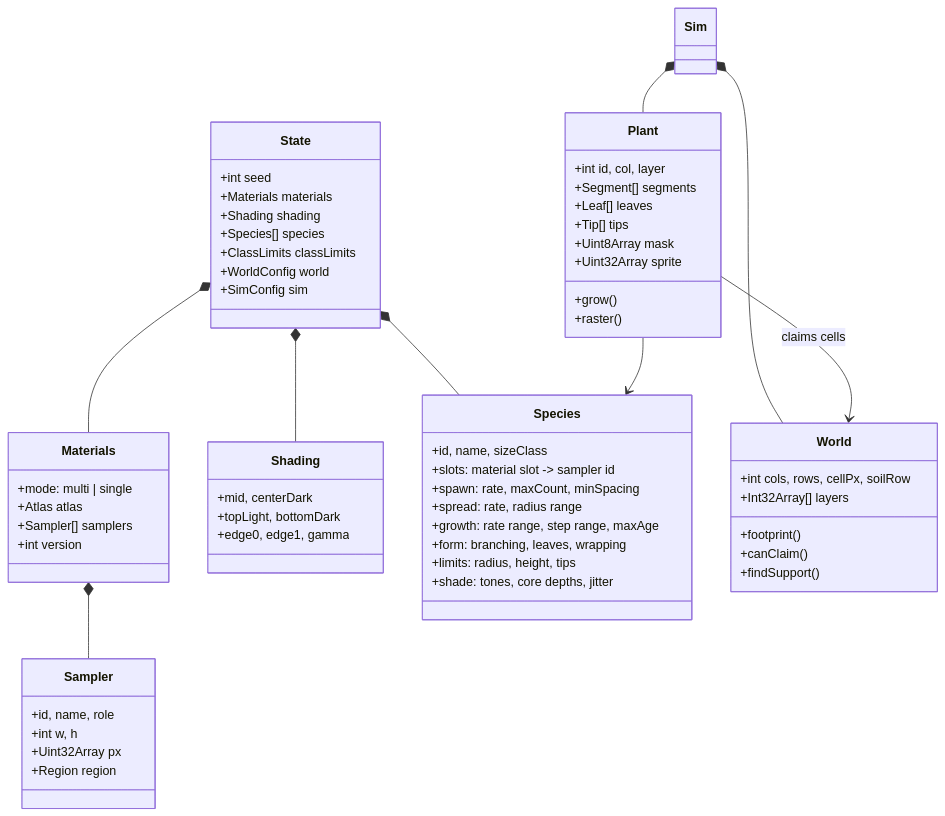
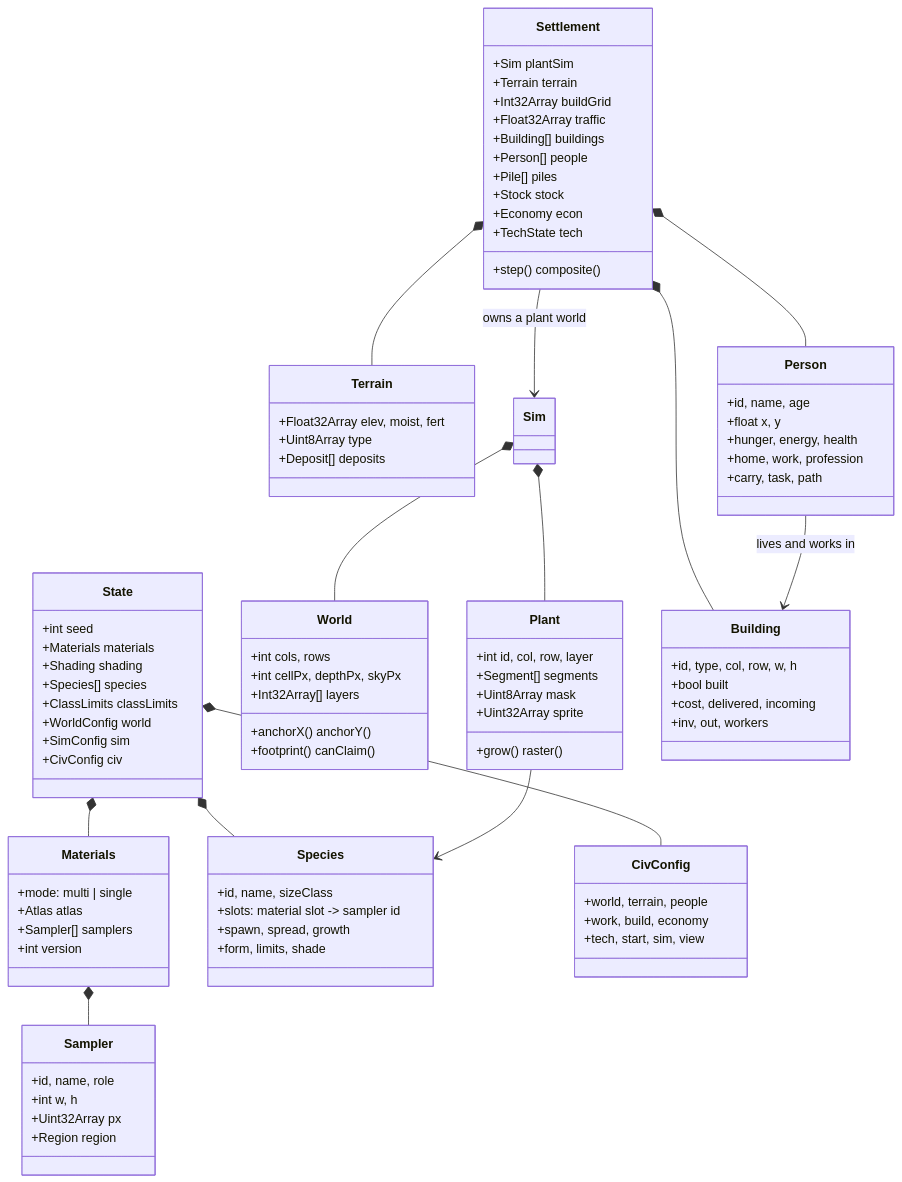
The second of 11 diagrams in ARCHITECTURE.md (tmpk13/grow), drawn with Mermaid before and after one commit. The commit also changed other lines of this file and 31 other files, not shown here.

````diff
--- a/ARCHITECTURE.md
+++ b/ARCHITECTURE.md
@@ -65,6 +113,7 @@
     +ClassLimits classLimits
     +WorldConfig world
     +SimConfig sim
+    +CivConfig civ
   }
 
   class Materials {
@@ -81,48 +130,80 @@
     +Region region
   }
 
-  class Shading {
-    +mid, centerDark
-    +topLight, bottomDark
-    +edge0, edge1, gamma
-  }
-
   class Species {
     +id, name, sizeClass
     +slots: material slot -> sampler id
-    +spawn: rate, maxCount, minSpacing
-    +spread: rate, radius range
-    +growth: rate range, step range, maxAge
-    +form: branching, leaves, wrapping
-    +limits: radius, height, tips
-    +shade: tones, core depths, jitter
+    +spawn, spread, growth
+    +form, limits, shade
   }
 
   class World {
-    +int cols, rows, cellPx, soilRow
+    +int cols, rows
+    +int cellPx, depthPx, skyPx
     +Int32Array[] layers
-    +footprint()
-    +canClaim()
-    +findSupport()
+    +anchorX() anchorY()
+    +footprint() canClaim()
   }
 
   class Plant {
-    +int id, col, layer
+    +int id, col, row, layer
     +Segment[] segments
-    +Leaf[] leaves
-    +Tip[] tips
     +Uint8Array mask
     +Uint32Array sprite
-    +grow()
-    +raster()
+    +grow() raster()
+  }
+
+  class CivConfig {
+    +world, terrain, people
+    +work, build, economy
+    +tech, start, sim, view
+  }
+
+  class Settlement {
+    +Sim plantSim
+    +Terrain terrain
+    +Int32Array buildGrid
+    +Float32Array traffic
+    +Building[] buildings
+    +Person[] people
+    +Pile[] piles
+    +Stock stock
+    +Economy econ
+    +TechState tech
+    +step() composite()
+  }
+
+  class Terrain {
+    +Float32Array elev, moist, fert
+    +Uint8Array type
+    +Deposit[] deposits
+  }
+
+  class Building {
+    +id, type, col, row, w, h
+    +bool built
+    +cost, delivered, incoming
+    +inv, out, workers
+  }
+
+  class Person {
+    +id, name, age
+    +float x, y
+    +hunger, energy, health
+    +home, work, profession
+    +carry, task, path
   }
 
   State *-- Materials
-  State *-- Shading
   State *-- Species
+  State *-- CivConfig
   Materials *-- Sampler
   Sim *-- World
   Sim *-- Plant
   Plant --> Species
-  Plant --> World : claims cells
+  Settlement *-- Terrain
+  Settlement *-- Building
+  Settlement *-- Person
+  Settlement --> Sim : owns a plant world
+  Person --> Building : lives and works in
 ```
````
